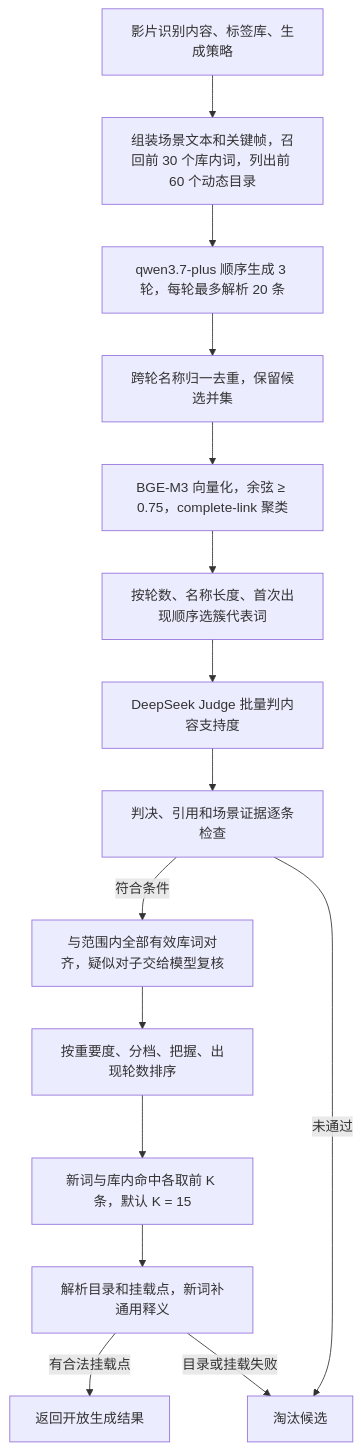
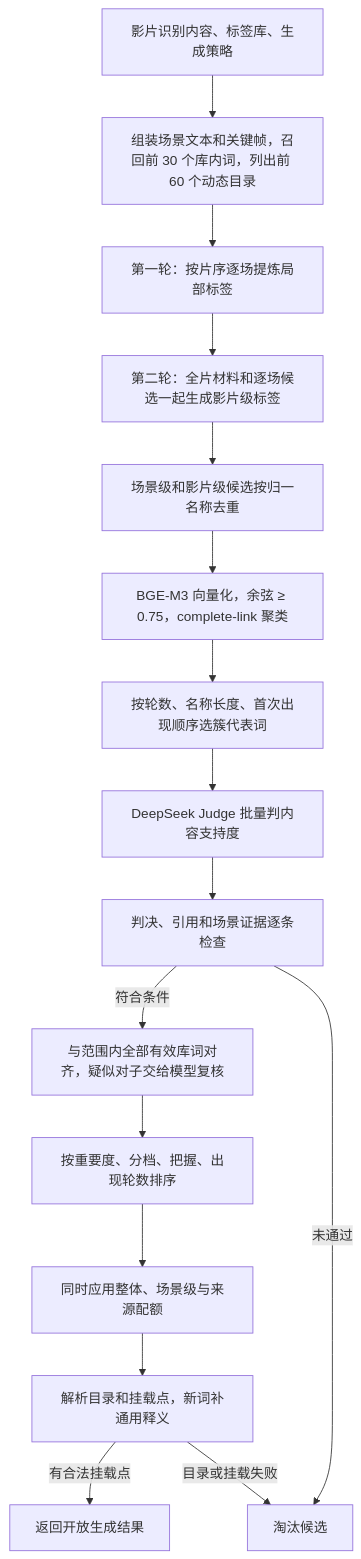
One commit to morning-gu/intelligent-tag-platform changed the first of 3 diagrams in docs/open-tag-generation.md. Above: the diagram before and after it, drawn with Mermaid. The commit also changed other lines of this file and 14 other files, not shown here.

````diff
--- a/docs/open-tag-generation.md
+++ b/docs/open-tag-generation.md
@@ -7,17 +7,18 @@
 ```mermaid
 flowchart TD
     A["影片识别内容、标签库、生成策略"] --> B["组装场景文本和关键帧，召回前 30 个库内词，列出前 60 个动态目录"]
-    B --> C["qwen3.7-plus 顺序生成 3 轮，每轮最多解析 20 条"]
-    C --> D["跨轮名称归一去重，保留候选并集"]
+    B --> C["第一轮：按片序逐场提炼局部标签"]
+    C --> CF["第二轮：全片材料和逐场候选一起生成影片级标签"]
+    CF --> D["场景级和影片级候选按归一名称去重"]
     D --> E["BGE-M3 向量化，余弦 ≥ 0.75，complete-link 聚类"]
     E --> F["按轮数、名称长度、首次出现顺序选簇代表词"]
     F --> G["DeepSeek Judge 批量判内容支持度"]
     G --> H["判决、引用和场景证据逐条检查"]
     H -->|符合条件| I["与范围内全部有效库词对齐，疑似对子交给模型复核"]
     H -->|未通过| X["淘汰候选"]
     I --> J["按重要度、分档、把握、出现轮数排序"]
-    J --> K["新词与库内命中各取前 K 条，默认 K = 15"]
+    J --> K["同时应用整体、场景级与来源配额"]
     K --> L["解析目录和挂载点，新词补通用释义"]
     L -->|有合法挂载点| M["返回开放生成结果"]
     L -->|目录或挂载失败| X
 ```
````
